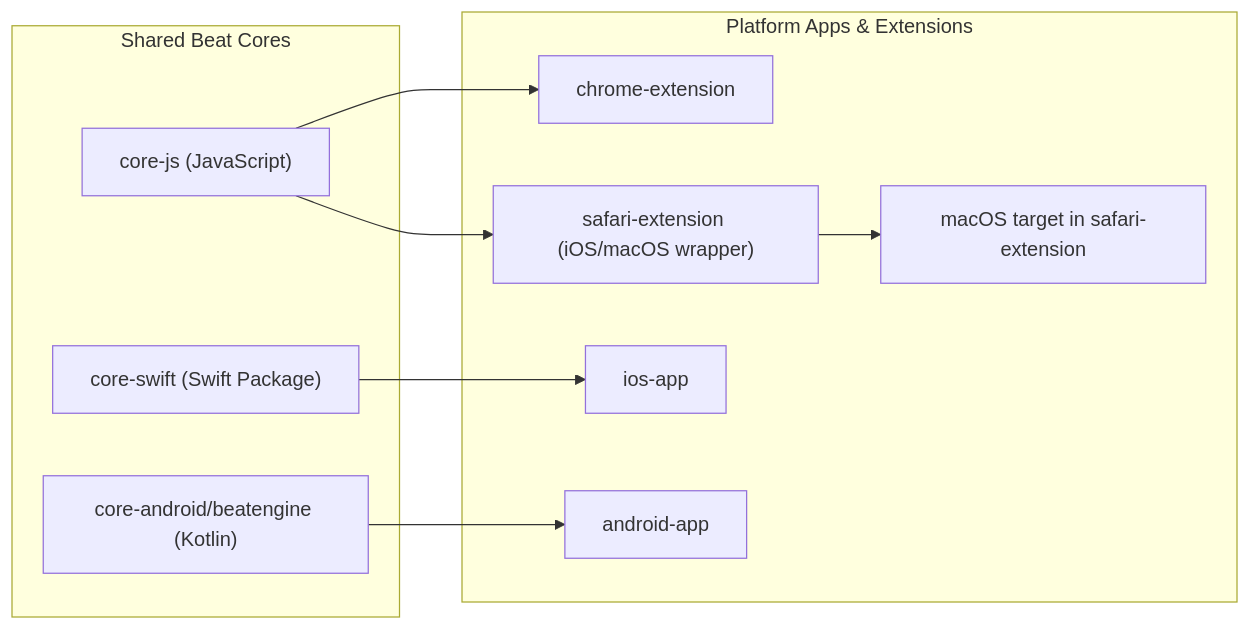
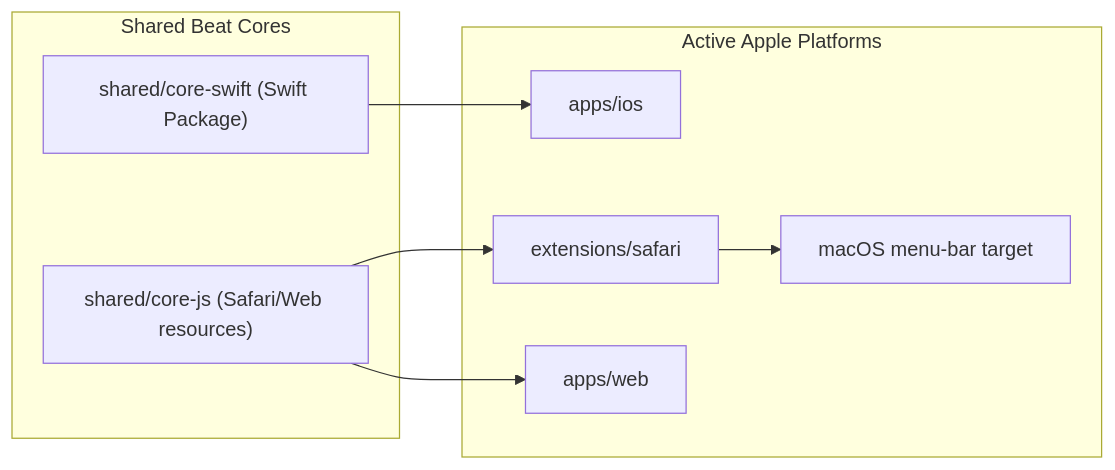
Before and after one commit to leopardcodeai/sonicflow_app: the diagram in README.md, drawn with Mermaid. The commit also changed other lines of this file and 264 other files, not shown here.

````diff
--- a/README.md
+++ b/README.md
@@ -20,22 +20,19 @@
 ```mermaid
 flowchart LR
     subgraph Cores["Shared Beat Cores"]
-        JS["core-js (JavaScript)"]
-        SW["core-swift (Swift Package)"]
-        KT["core-android/beatengine (Kotlin)"]
+        SW["shared/core-swift (Swift Package)"]
+        JS["shared/core-js (Safari/Web resources)"]
     end
 
-    subgraph Platforms["Platform Apps & Extensions"]
-        CH["chrome-extension"]
-        SF["safari-extension (iOS/macOS wrapper)"]
-        IOS["ios-app"]
-        MAC["macOS target in safari-extension"]
-        AND["android-app"]
+    subgraph Platforms["Active Apple Platforms"]
+        SF["extensions/safari"]
+        IOS["apps/ios"]
+        MAC["macOS menu-bar target"]
+        WEB["apps/web"]
     end
 
-    JS --> CH
     JS --> SF
+    JS --> WEB
     SW --> IOS
-    KT --> AND
     SF --> MAC
 ```
````
